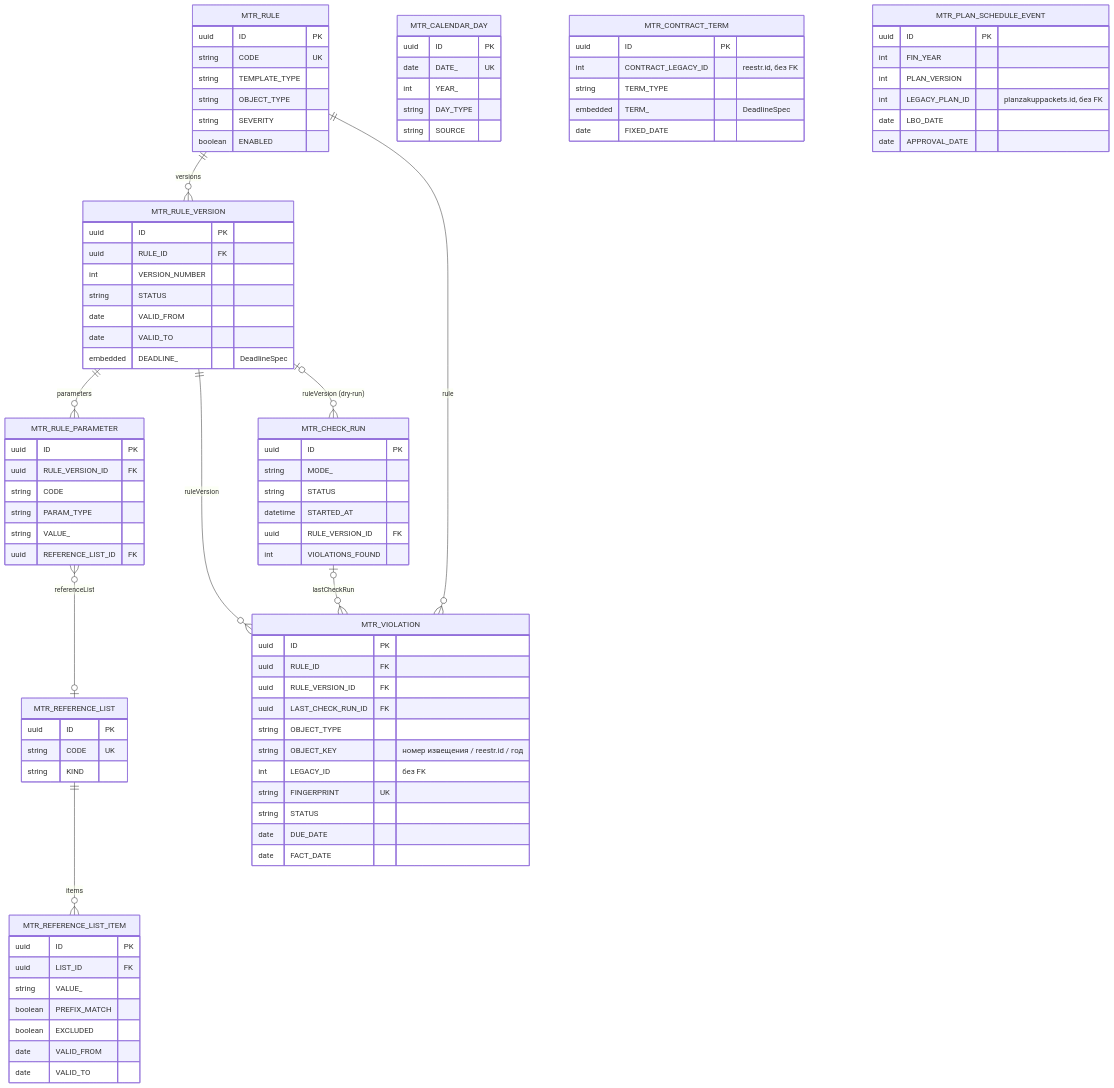
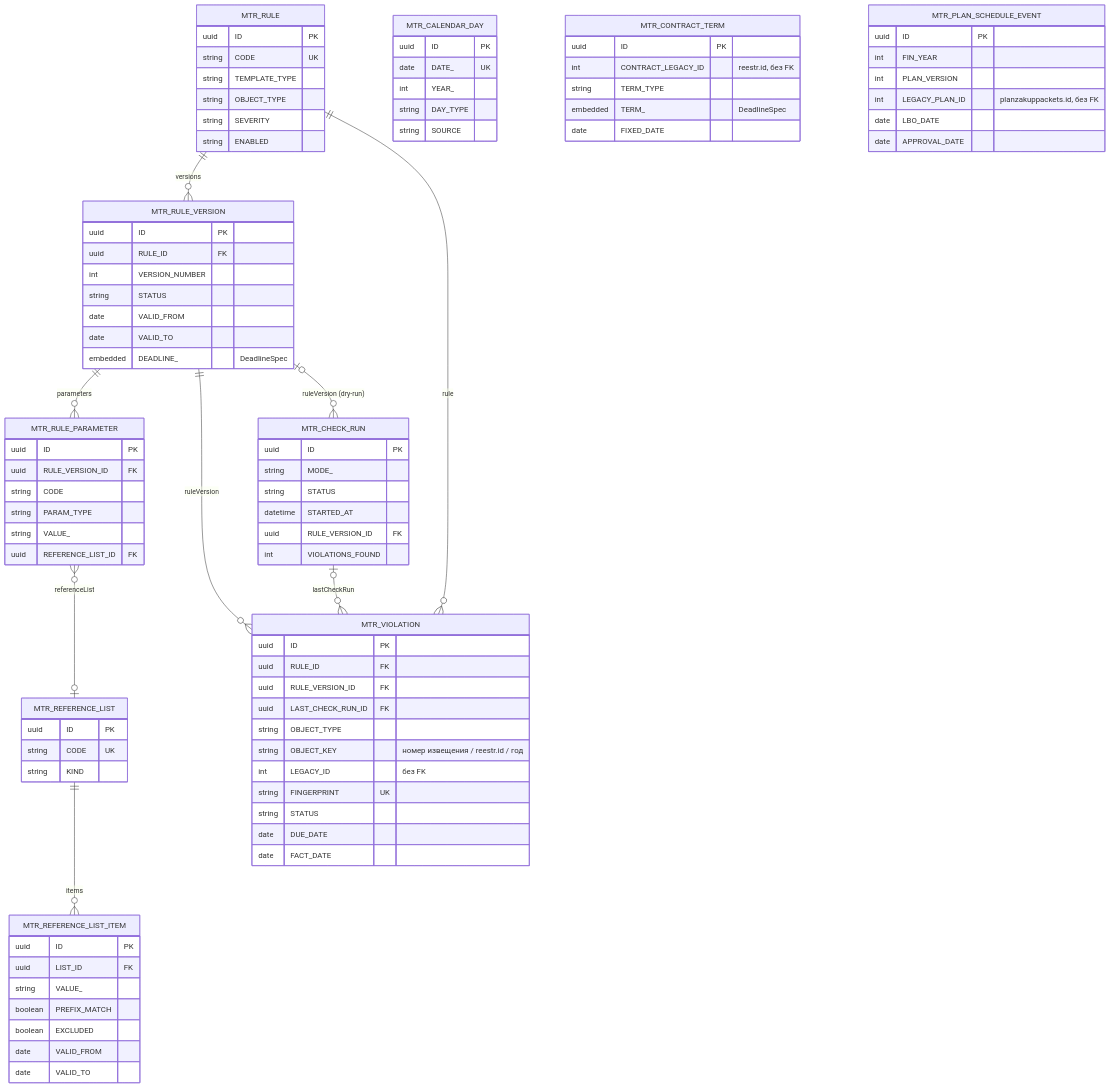
Before and after one commit to stasmakarov/multi-reestr-helper: the third of 6 diagrams in docs/model/OVERVIEW.md, drawn with Mermaid. The commit also changed other lines of this file and 22 other files, not shown here.

```diff
--- a/docs/model/OVERVIEW.md
+++ b/docs/model/OVERVIEW.md
@@ -193,7 +193,7 @@
         string TEMPLATE_TYPE
         string OBJECT_TYPE
         string SEVERITY
-        boolean ENABLED
+        string ENABLED
     }
     MTR_RULE_VERSION {
         uuid ID PK
```
